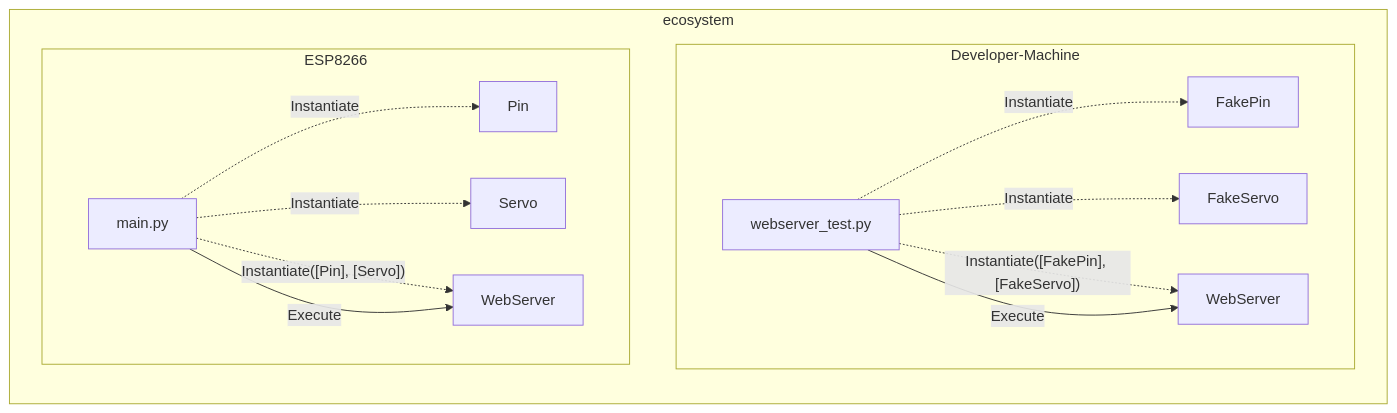
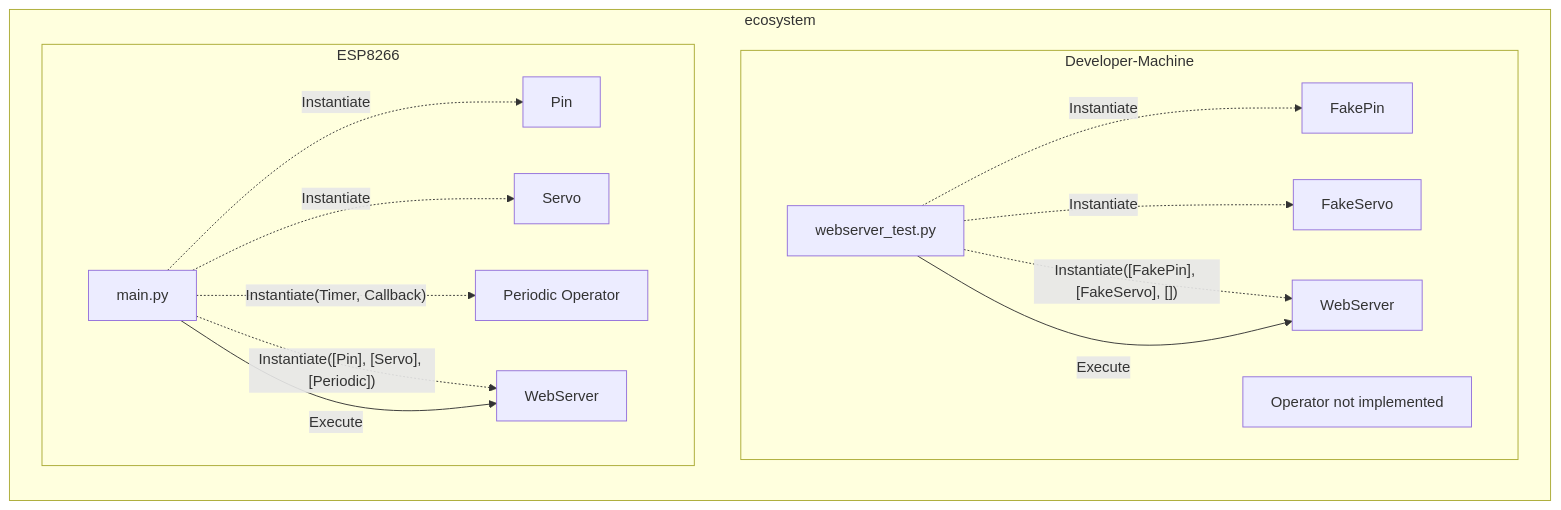
Before and after one commit to freemansoft/ESP8266-MicroPython: the second of 5 diagrams in README.md, drawn with Mermaid. The commit also changed other lines of this file and 6 other files, not shown here.

Commit message:
Add PeriodicOperator timed function invocation from web server

````diff
--- a/README.md
+++ b/README.md
@@ -90,28 +94,31 @@
 ```mermaid
 graph LR;
     subgraph ecosystem
         subgraph Developer-Machine
             webserver_test.py
             WebServer-Dev[WebServer]
             FakePin
             FakeServo
+            FakePeriodicOperator[Operator not implemented]
         end
         subgraph ESP8266
             main.py
             WebServer-ESP[WebServer]
             Pin
             Servo
+            PeriodicOperator[Periodic Operator]
         end
     end
 
     webserver_test.py -.->|Instantiate|FakePin
     webserver_test.py -.->|Instantiate|FakeServo
-    webserver_test.py -.->|"Instantiate([FakePin], [FakeServo])"|WebServer-Dev
+    webserver_test.py -.->|"Instantiate([FakePin], [FakeServo], [])"|WebServer-Dev
     webserver_test.py --> |"Execute"|WebServer-Dev
 
-    main.py -.->|Instantiate| Pin
-    main.py -.->|Instantiate| Servo
-    main.py -.->|"Instantiate([Pin], [Servo])"| WebServer-ESP
+    main.py -.->|"Instantiate"| Pin
+    main.py -.->|"Instantiate"| Servo
+    main.py -.->|"Instantiate(Timer, Callback)"| PeriodicOperator
+    main.py -.->|"Instantiate([Pin], [Servo], [Periodic])"| WebServer-ESP
     main.py --> |"Execute"| WebServer-ESP
 
 ```
````
